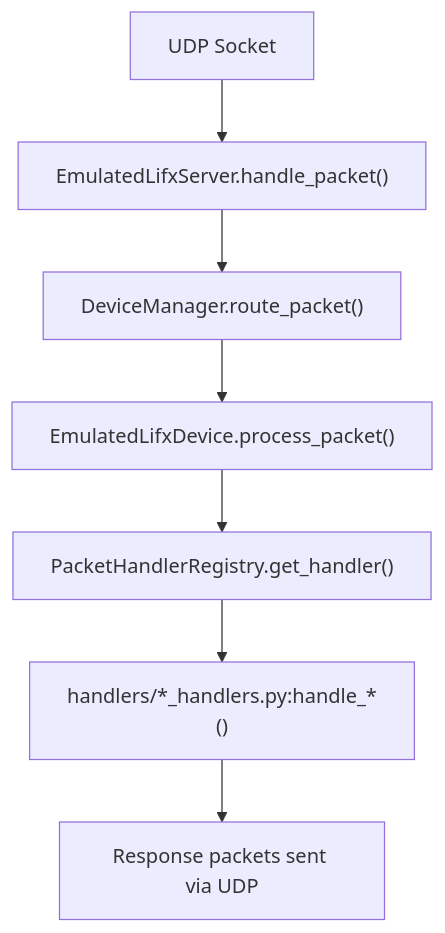
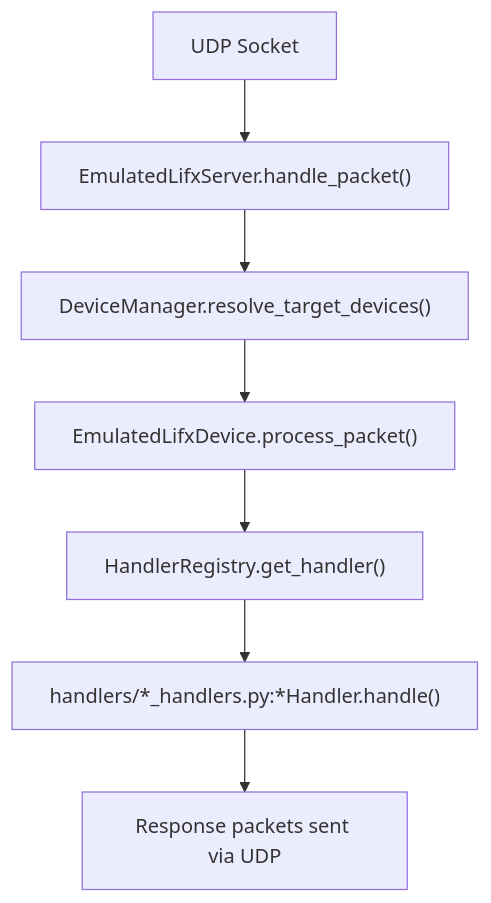
Before and after one commit to Djelibeybi/lifx-emulator: the second of 4 diagrams in docs/development/code-navigation.md, drawn with Mermaid. The commit also changed other lines of this file and 40 other files, not shown here.

````diff
--- a/docs/development/code-navigation.md
+++ b/docs/development/code-navigation.md
@@ -304,9 +308,9 @@
 ```mermaid
 graph TD
     A[UDP Socket] --> B["EmulatedLifxServer.handle_packet()"]
-    B --> C["DeviceManager.route_packet()"]
+    B --> C["DeviceManager.resolve_target_devices()"]
     C --> D["EmulatedLifxDevice.process_packet()"]
-    D --> E["PacketHandlerRegistry.get_handler()"]
-    E --> F["handlers/*_handlers.py:handle_*()"]
+    D --> E["HandlerRegistry.get_handler()"]
+    E --> F["handlers/*_handlers.py:*Handler.handle()"]
     F --> G[Response packets sent via UDP]
 ```
````
